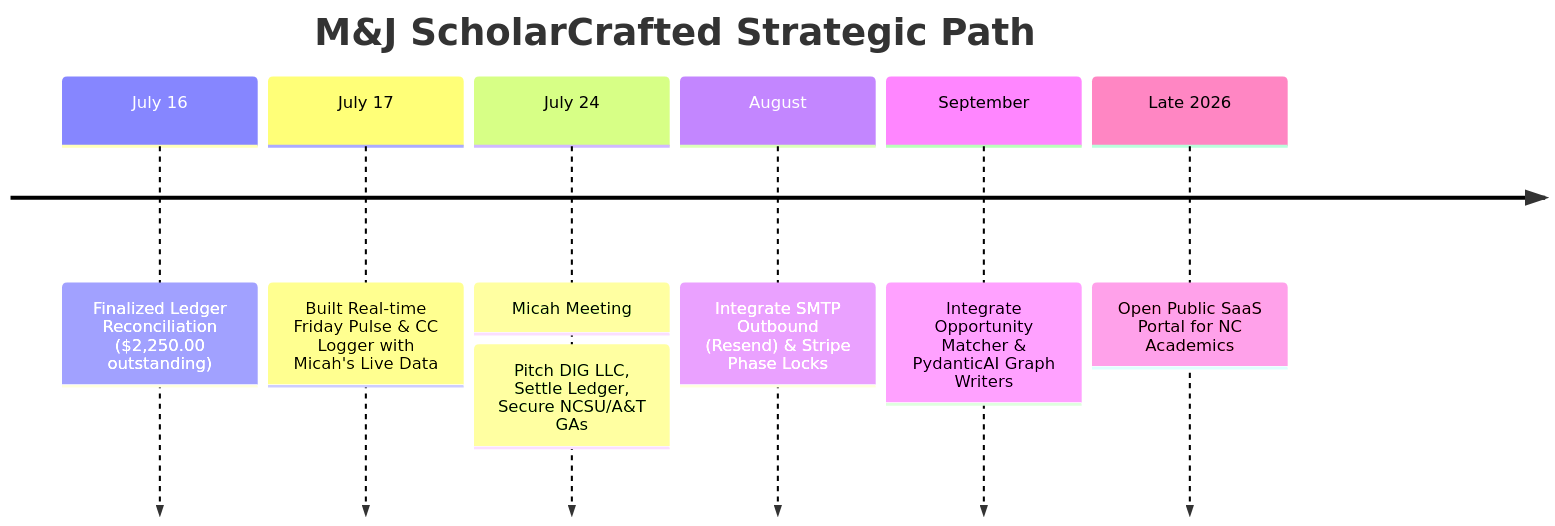
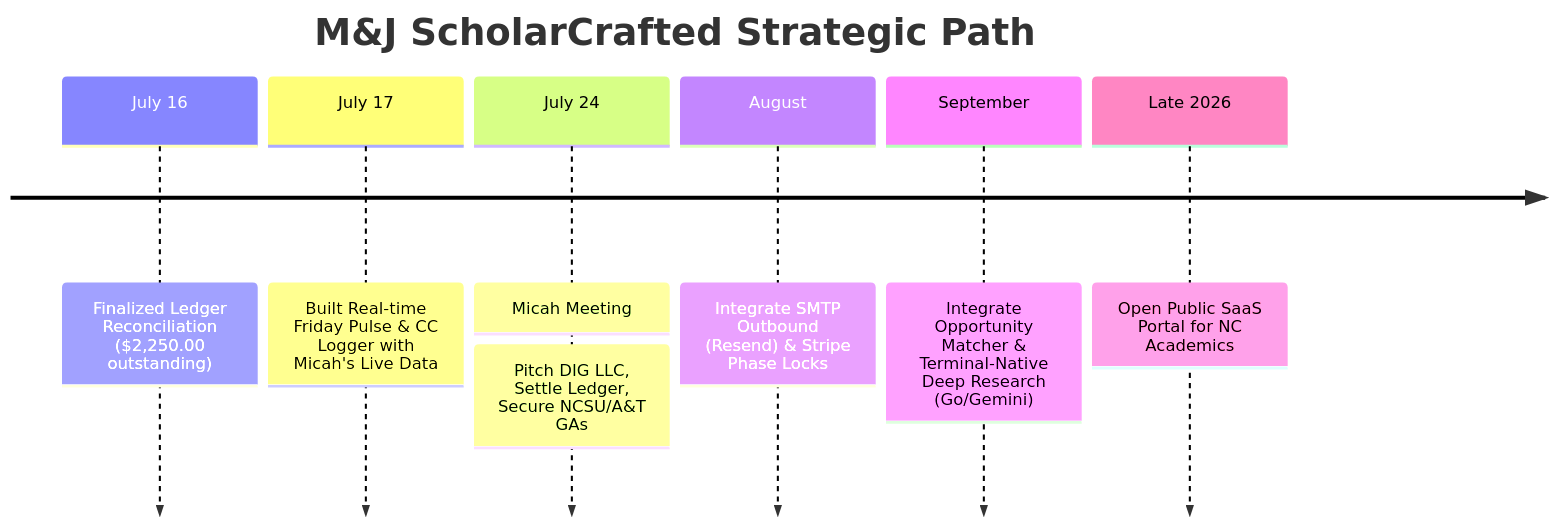
Before and after one commit to Kallias254/consulting-business: the diagram in ROADMAP.md, drawn with Mermaid. The commit also changed other lines of this file and 213 other files, not shown here.

````diff
--- a/ROADMAP.md
+++ b/ROADMAP.md
@@ -85,10 +85,10 @@
 ```mermaid
 timeline
     title M&J ScholarCrafted Strategic Path
     July 16 : Finalized Ledger Reconciliation ($2,250.00 outstanding)
     July 17 : Built Real-time Friday Pulse & CC Logger with Micah's Live Data
     July 24 : Micah Meeting : Pitch DIG LLC, Settle Ledger, Secure NCSU/A&T GAs
     August : Integrate SMTP Outbound (Resend) & Stripe Phase Locks
-    September : Integrate Opportunity Matcher & PydanticAI Graph Writers
+    September : Integrate Opportunity Matcher & Terminal-Native Deep Research (Go/Gemini)
     Late 2026 : Open Public SaaS Portal for NC Academics
 ```
````
